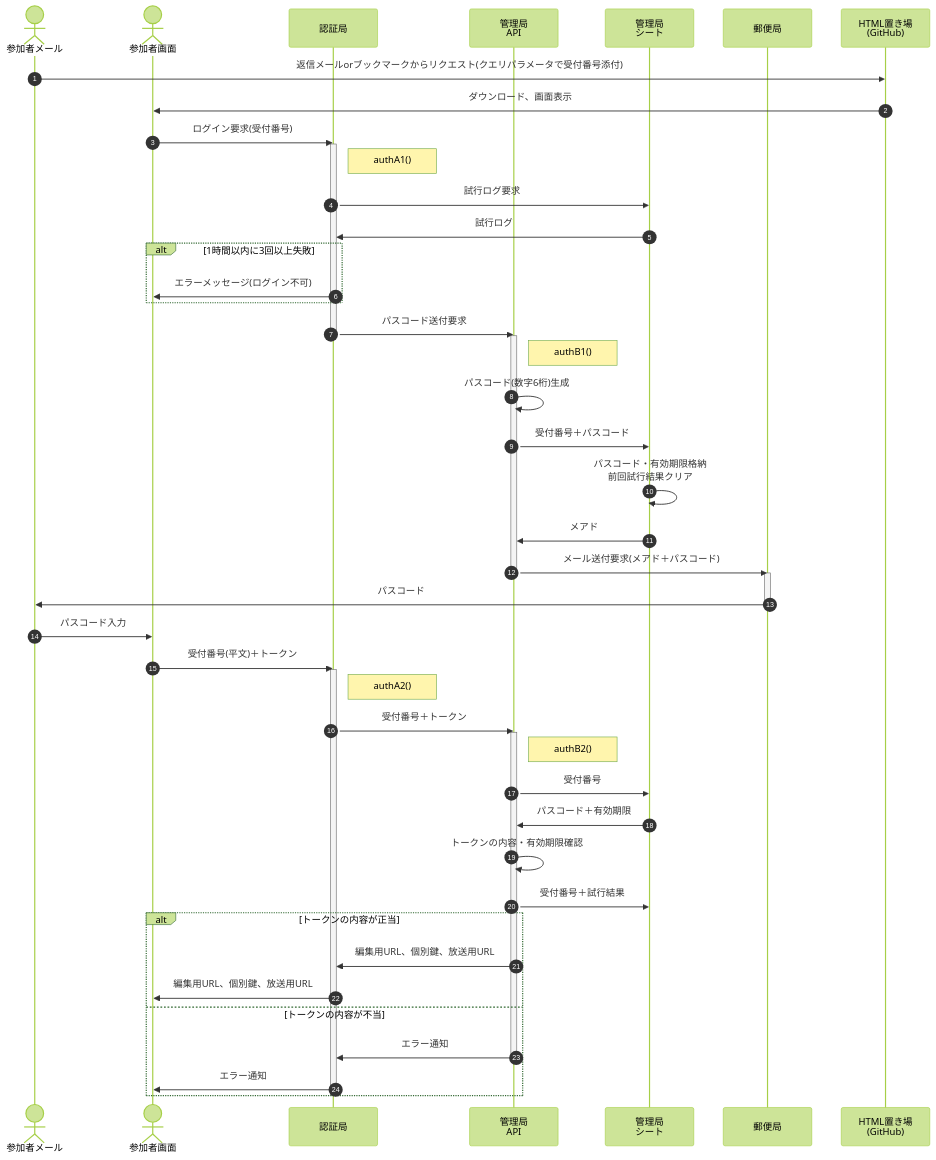
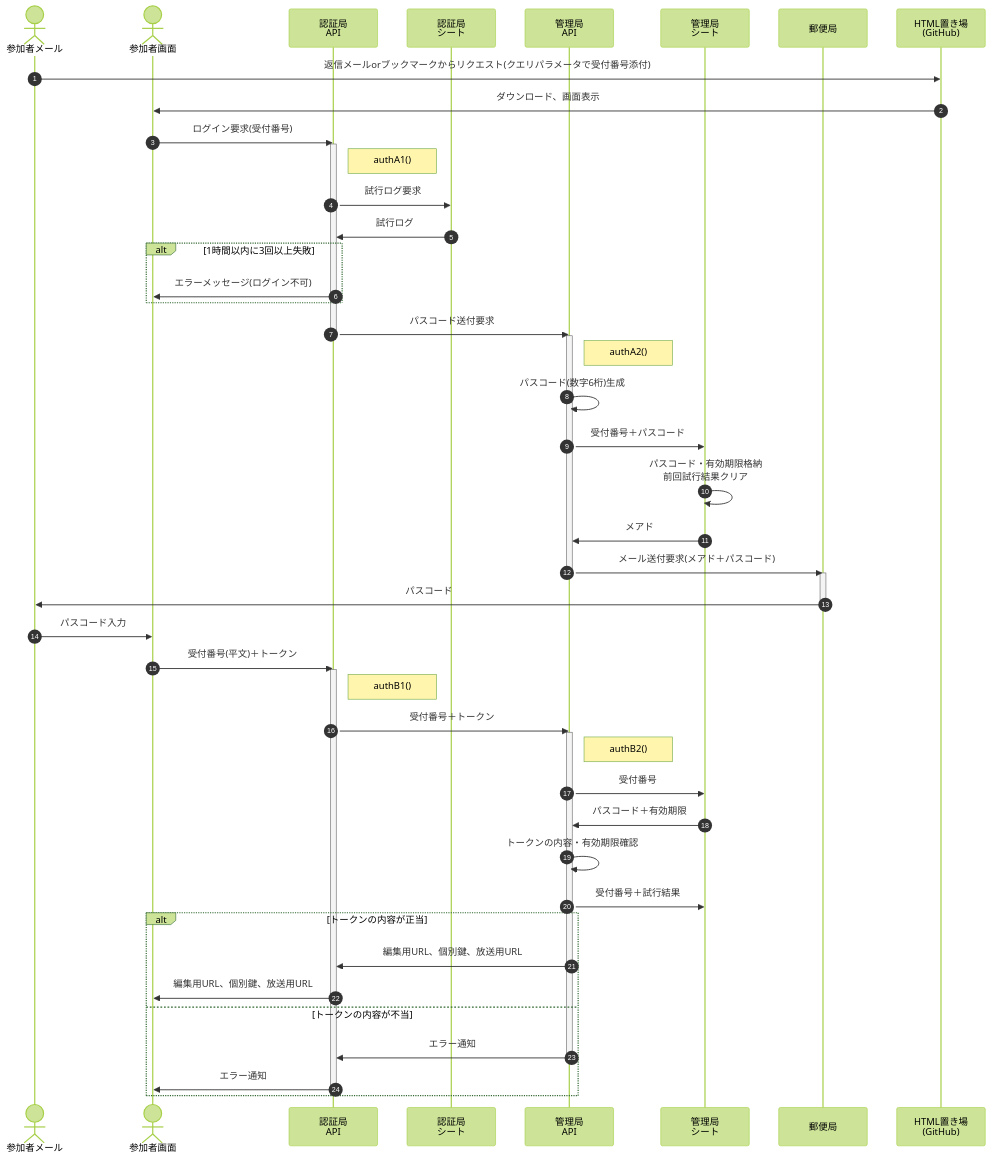
One commit to nakaone/EventStaff changed the third of 6 diagrams in README.md. Above: the diagram before and after it, drawn with Mermaid (forest theme).

````diff
--- a/README.md
+++ b/README.md
@@ -146,61 +146,62 @@
 ```mermaid
 
 sequenceDiagram
   autonumber
   actor mail as 参加者メール
   actor html as 参加者画面
-  participant CA as 認証局
-  %% CA = Certificate Authority (GAS API)
+  participant CAApi as 認証局<br>API
+  participant CASht as 認証局<br>シート
+  %% CAApi = Certificate Authority (GAS API)
   participant mApi as 管理局<br>API
   %% mApi = master API
   participant mSht as 管理局<br>シート
   %% mSht = master sheet
   participant post as 郵便局
   participant git as HTML置き場<br>(GitHub)
 
   mail->>git : 返信メールorブックマークからリクエスト(クエリパラメータで受付番号添付)
   git->>html : ダウンロード、画面表示
 
-  html ->> CA : ログイン要求(受付番号)
-  activate CA
-  Note right of CA : authA1()
-  CA->>mSht : 試行ログ要求
-  mSht->>CA : 試行ログ
+  html ->> CAApi : ログイン要求(受付番号)
+  activate CAApi
+  Note right of CAApi : authA1()
+  CAApi->>CASht : 試行ログ要求
+  CASht->>CAApi : 試行ログ
   alt 1時間以内に3回以上失敗
-    CA->>html : エラーメッセージ(ログイン不可)
+    CAApi->>html : エラーメッセージ(ログイン不可)
   end
-  CA ->> mApi : パスコード送付要求
-  deactivate CA
+  CAApi ->> mApi : パスコード送付要求
+  deactivate CAApi
   activate mApi
-  Note right of mApi : authB1()
+  Note right of mApi : authA2()
   mApi ->> mApi : パスコード(数字6桁)生成
   mApi ->> mSht : 受付番号＋パスコード
   mSht ->> mSht : パスコード・有効期限格納<br>前回試行結果クリア
   mSht ->> mApi : メアド
   mApi ->> post : メール送付要求(メアド＋パスコード)
   deactivate mApi
   activate post
   post ->> mail : パスコード
   deactivate post
   mail ->> html : パスコード入力
-  html ->> CA : 受付番号(平文)＋トークン
-  activate CA
-  Note right of CA : authA2()
-  CA ->> mApi : 受付番号＋トークン
+  html ->> CAApi : 受付番号(平文)＋トークン
+  activate CAApi
+  Note right of CAApi : authB1()
+  CAApi ->> mApi : 受付番号＋トークン
   activate mApi
   Note right of mApi : authB2()
   mApi ->> mSht : 受付番号
   mSht ->> mApi : パスコード＋有効期限
   mApi ->> mApi : トークンの内容・有効期限確認
   mApi ->> mSht : 受付番号＋試行結果
   alt トークンの内容が正当
-    mApi ->> CA : 編集用URL、個別鍵、放送用URL
-    CA ->> html : 編集用URL、個別鍵、放送用URL
+    mApi ->> CAApi : 編集用URL、個別鍵、放送用URL
+    CAApi ->> html : 編集用URL、個別鍵、放送用URL
   else トークンの内容が不当
-    mApi ->> CA : エラー通知
+    mApi ->> CAApi : エラー通知
     deactivate mApi
-    CA ->> html : エラー通知
+    CAApi ->> html : エラー通知
   end
-  deactivate CA
+  deactivate CAApi
 
 ```
````
